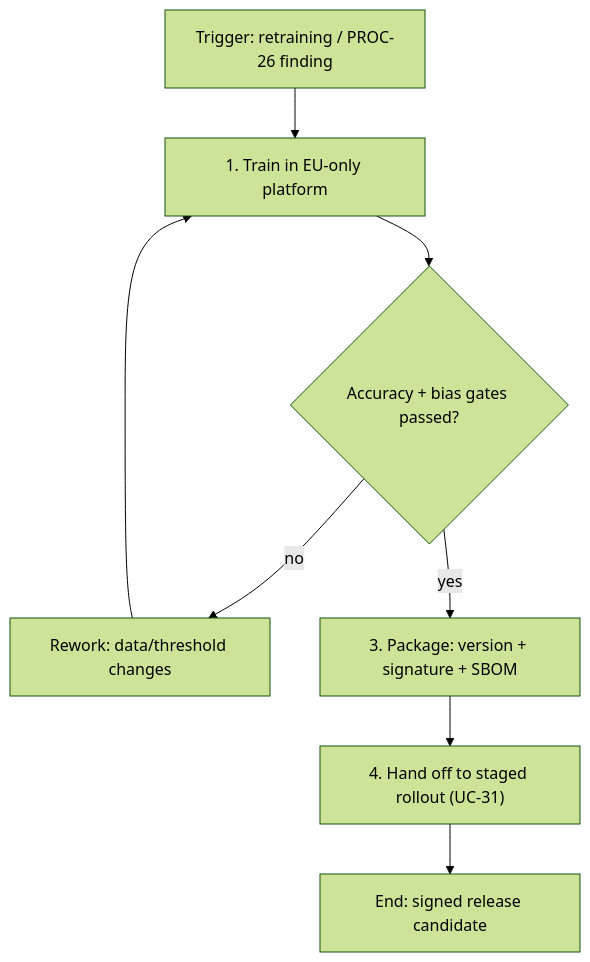
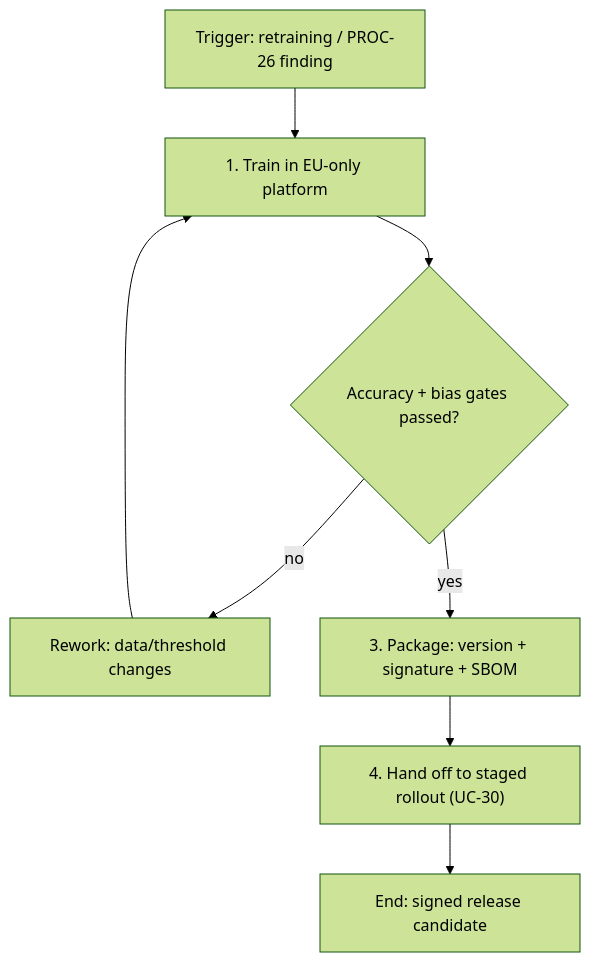
One commit to pauloribeiro16/Methodology_compact changed diagram 27 of 39 in 02_CASES/Case_02_SecureBorder_Solutions/03_PHASE3_DECOMPOSITION/Doc31_Process_Capability_Cards.md. Above: the diagram before and after it, drawn with Mermaid (forest theme). The commit also changed other lines of this file and 12 other files, not shown here.

Commit message:
[EXECUTOR] F3 ledger-zero C2: 2 borderline re-laned (UC-30/33 → CAP-11/12, P7) + product renumber UC-16..34; Doc21 v1.7 (34 UCs) + Doc31 v1.3 (12 CAP cards + articulation) + annexes/SVGs re-rendered; gates: verify_rich 8/8 (34=34), audit 100%, mermaid 196/196

````diff
--- a/02_CASES/Case_02_SecureBorder_Solutions/03_PHASE3_DECOMPOSITION/Doc31_Process_Capability_Cards.md
+++ b/02_CASES/Case_02_SecureBorder_Solutions/03_PHASE3_DECOMPOSITION/Doc31_Process_Capability_Cards.md
@@ -975,10 +975,10 @@
 ```mermaid
 flowchart TD
     T["Trigger: retraining / PROC-26 finding"] --> A1["1. Train in EU-only platform"]
     A1 --> D1{"Accuracy + bias gates passed?"}
     D1 -->|"no"| R1["Rework: data/threshold changes"]
     D1 -->|"yes"| A3["3. Package: version + signature + SBOM"]
     R1 --> A1
-    A3 --> A4["4. Hand off to staged rollout (UC-31)"]
+    A3 --> A4["4. Hand off to staged rollout (UC-30)"]
     A4 --> E["End: signed release candidate"]
 ```
````
